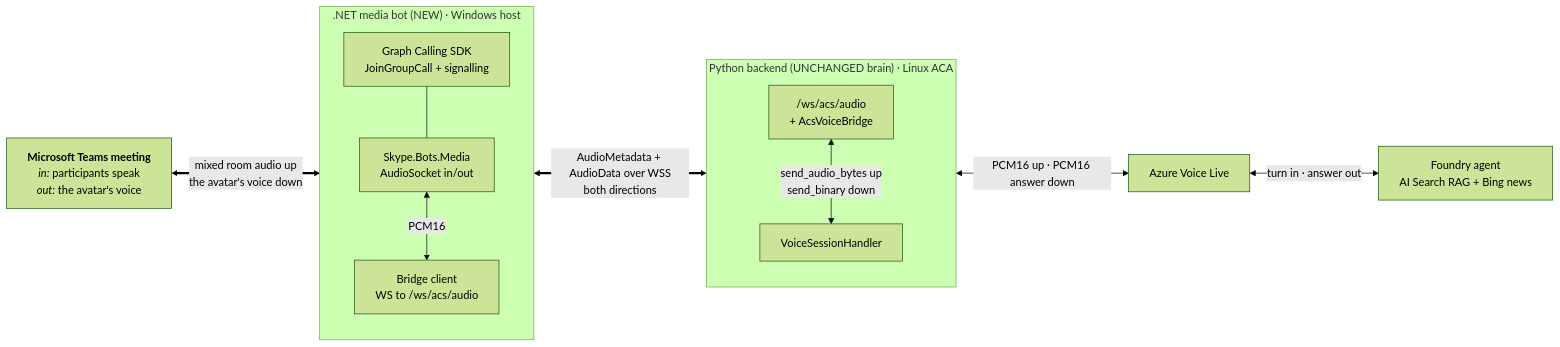
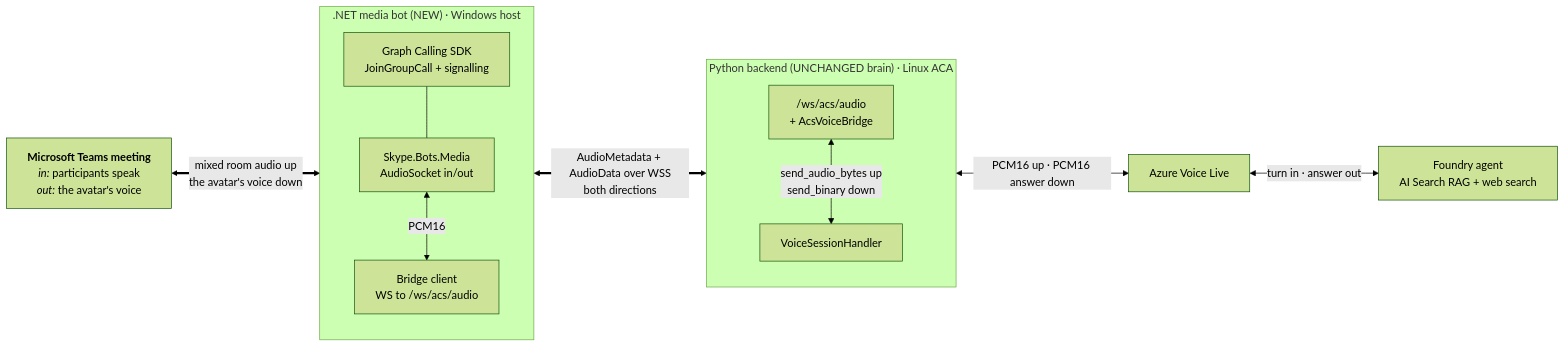
The diagram in docs/channels/d-design-media-bot.md (SridharArrabelly/avatar-forge), drawn with Mermaid (forest theme) before and after one commit. The commit also changed 45 other files, not shown here.

First line of the commit message:
Web IQ as the agent's web tool, and the default for new environments (#148)

````diff
--- a/docs/channels/d-design-media-bot.md
+++ b/docs/channels/d-design-media-bot.md
@@ -102,28 +102,28 @@
 ```mermaid
 flowchart LR
     P["<b>Microsoft Teams meeting</b><br/><i>in:</i> participants speak<br/><i>out:</i> the avatar's voice"]
 
     subgraph Win[".NET media bot (NEW) · Windows host"]
         direction TB
         J["Graph Calling SDK<br/>JoinGroupCall + signalling"]
         A["Skype.Bots.Media<br/>AudioSocket in/out"]
         B["Bridge client<br/>WS to /ws/acs/audio"]
         J --- A
         A <-- "PCM16" --> B
     end
 
     subgraph Py["Python backend (UNCHANGED brain) · Linux ACA"]
         direction TB
         WS["/ws/acs/audio<br/>+ AcsVoiceBridge"]
         H["VoiceSessionHandler"]
         WS <-- "send_audio_bytes up<br/>send_binary down" --> H
     end
 
     V["Azure Voice Live"]
-    F["Foundry agent<br/>AI Search RAG + Bing news"]
+    F["Foundry agent<br/>AI Search RAG + web search"]
 
     P <== "mixed room audio up<br/>the avatar's voice down" ==> A
     B <== "AudioMetadata + AudioData over WSS<br/>both directions" ==> WS
     H <-- "PCM16 up · PCM16 answer down" --> V
     V <-- "turn in · answer out" --> F
 ```
````
